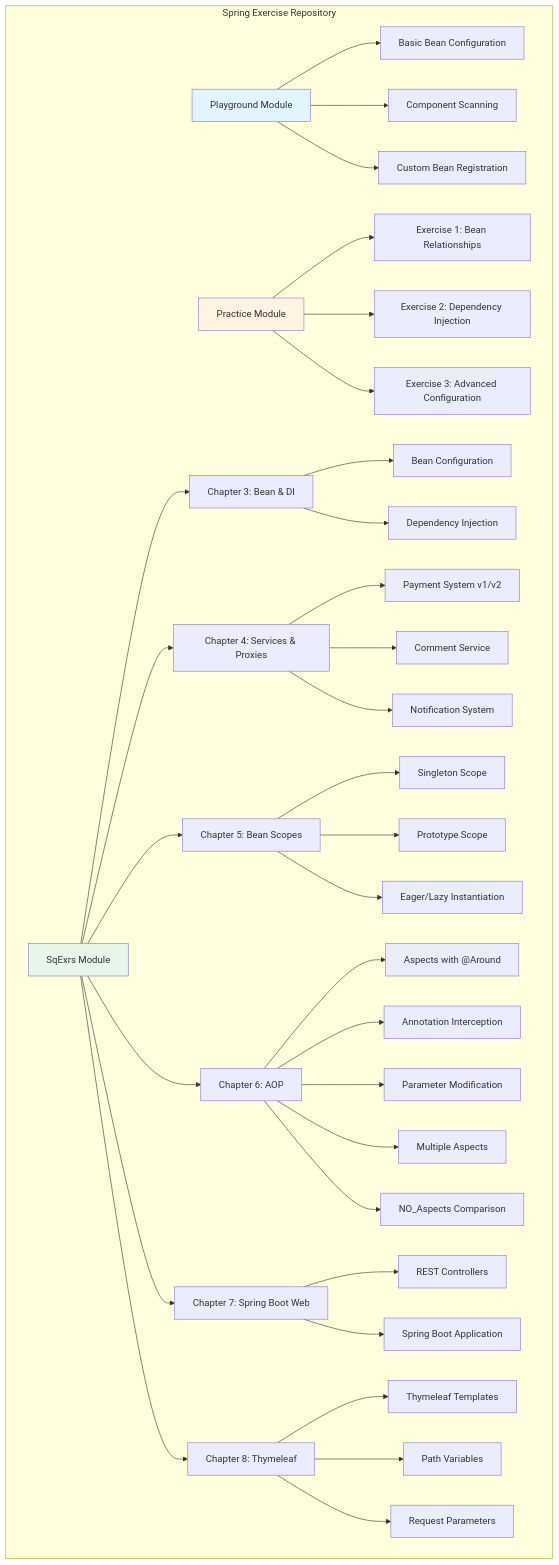
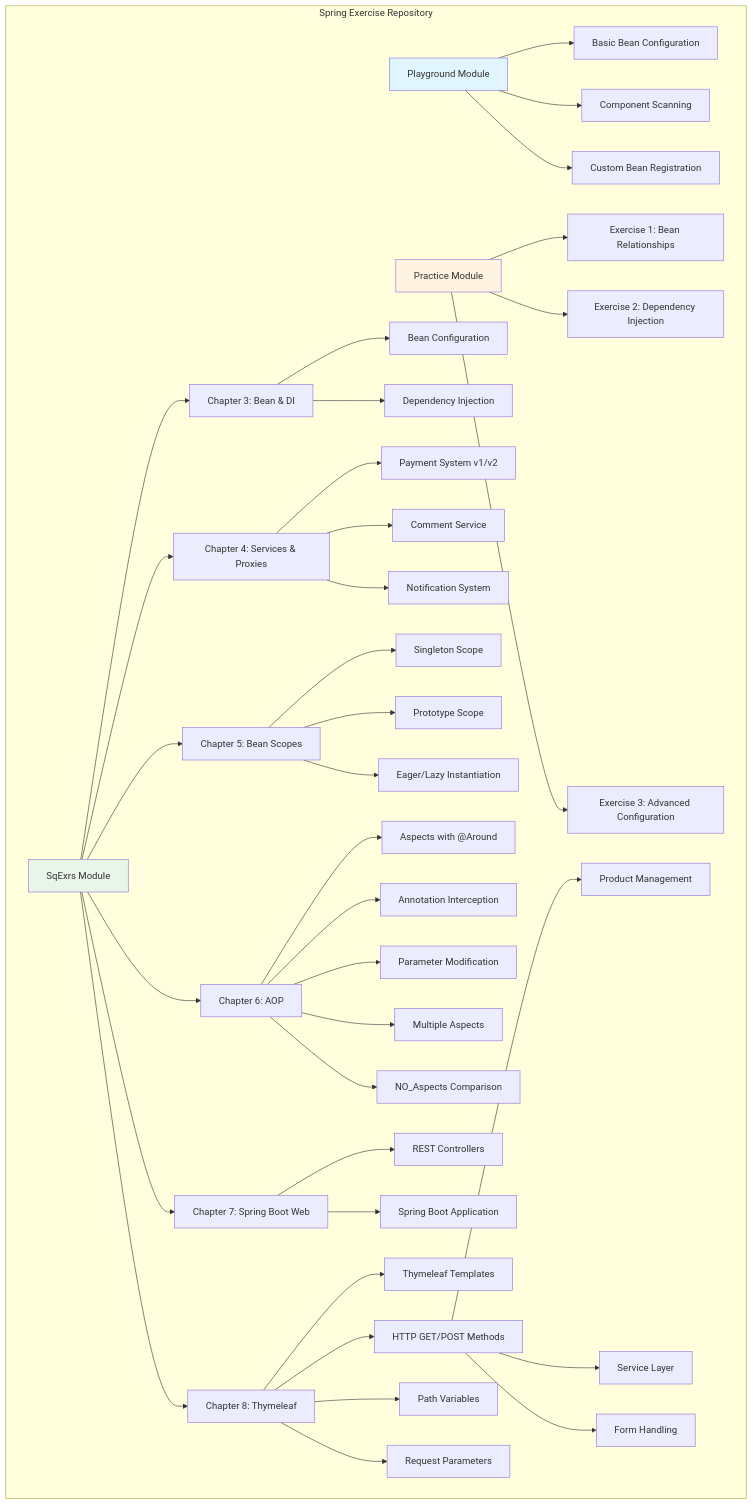
The first of 3 diagrams in README.md (UsmanovMahmudkhan/spring-start-here), drawn with Mermaid before and after one commit. The commit also changed other lines of this file, not shown here.

First line of the commit message:
Docs: Update README with Chapter 8 HttpsMethods, PathVariable, and RequestParametr details

````diff
--- a/README.md
+++ b/README.md
@@ -171,47 +173,52 @@
 ```mermaid
 graph TB
     subgraph "Spring Exercise Repository"
         A[Playground Module] --> B[Basic Bean Configuration]
         A --> C[Component Scanning]
         A --> D[Custom Bean Registration]
         
         E[Practice Module] --> F[Exercise 1: Bean Relationships]
         E --> G[Exercise 2: Dependency Injection]
         E --> H[Exercise 3: Advanced Configuration]
         
         I[SqExrs Module] --> J[Chapter 3: Bean & DI]
         I --> K[Chapter 4: Services & Proxies]
         I --> L[Chapter 5: Bean Scopes]
         I --> M[Chapter 6: AOP]
         I --> N[Chapter 7: Spring Boot Web]
         I --> O[Chapter 8: Thymeleaf]
         
         J --> J1[Bean Configuration]
         J --> J2[Dependency Injection]
         
         K --> K1[Payment System v1/v2]
         K --> K2[Comment Service]
         K --> K3[Notification System]
         
         L --> L1[Singleton Scope]
         L --> L2[Prototype Scope]
         L --> L3[Eager/Lazy Instantiation]
         
         M --> M1[Aspects with @Around]
         M --> M2[Annotation Interception]
         M --> M3[Parameter Modification]
         M --> M4[Multiple Aspects]
         M --> M5[NO_Aspects Comparison]
         
         N --> N1[REST Controllers]
         N --> N2[Spring Boot Application]
         
         O --> O1[Thymeleaf Templates]
-        O --> O2[Path Variables]
-        O --> O3[Request Parameters]
+        O --> O2[HTTP GET/POST Methods]
+        O --> O3[Path Variables]
+        O --> O4[Request Parameters]
+        
+        O2 --> O2A[Product Management]
+        O2 --> O2B[Service Layer]
+        O2 --> O2C[Form Handling]
     end
     
     style A fill:#e1f5ff
     style E fill:#fff4e1
     style I fill:#e8f5e9
 ```
````
